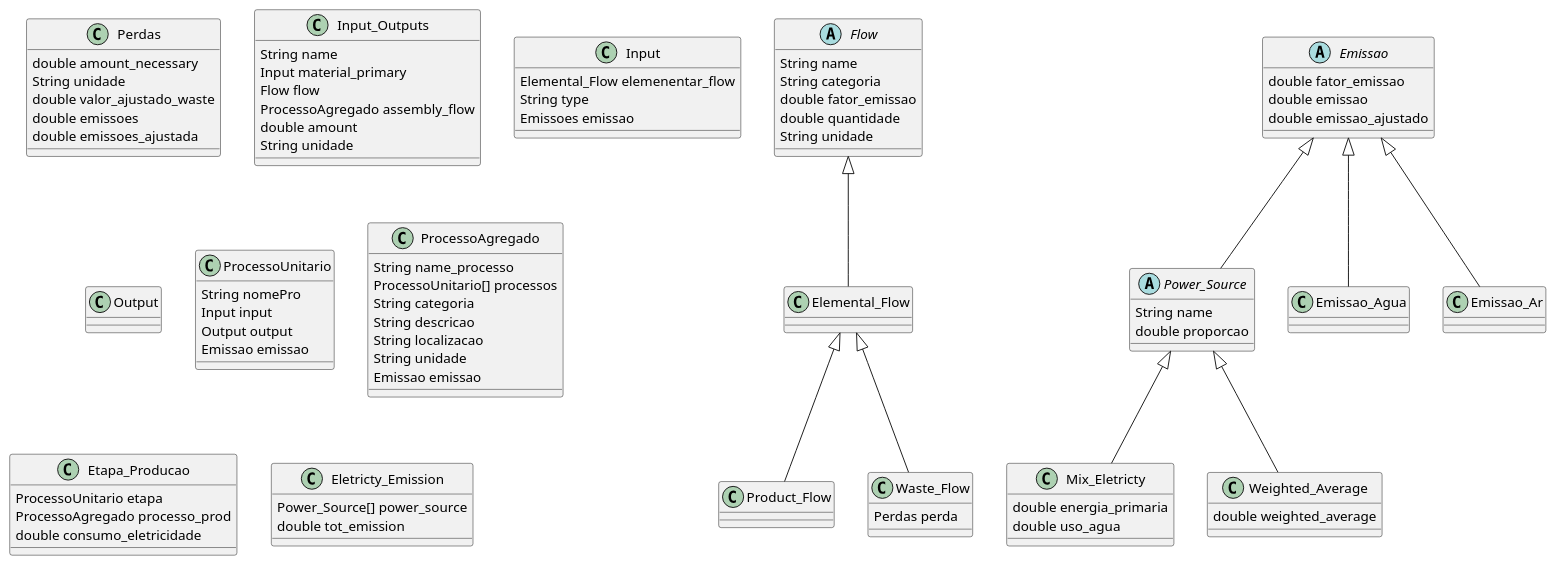
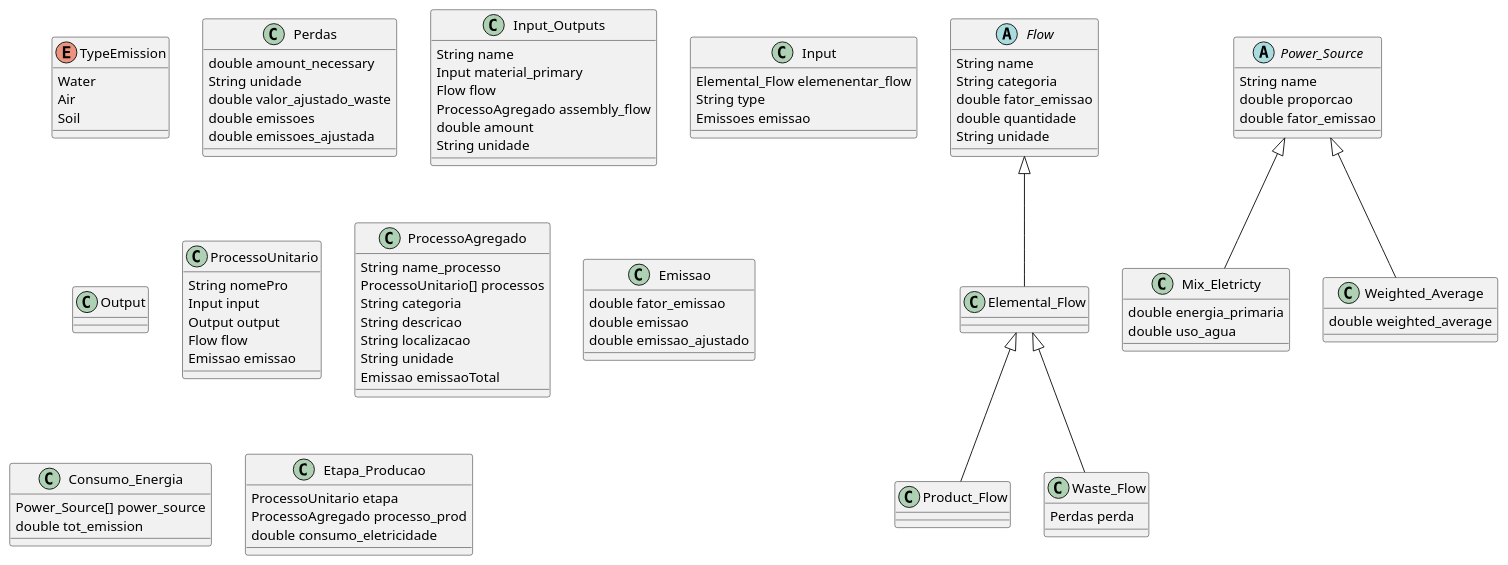
The diagram in DiagramaAtividade/DiagramaAtividade.plantuml (ArturESTG/DiagramasESIITrabalho), drawn with PlantUML before and after one commit.

Commit message:
Commit 4
Commit com comentarios melhorados

```diff
--- a/DiagramaAtividade/DiagramaAtividade.plantuml
+++ b/DiagramaAtividade/DiagramaAtividade.plantuml
@@ -1,169 +1,172 @@
 @startuml DiaramaAtividade
+
+/'Inicio enum'/
+
+enum TypeEmission {
+    Water 
+    Air
+    Soil
+}
+
+/'Fim enum'/
 
 /'Inico das classes'/
 
+/'Esta classe representa os fluxos do trabalho'/
 abstract class Flow {
     String name
     String categoria
     double fator_emissao
     double quantidade
     String unidade
 }
 
-/'Nota o elemenentar flow tanto pode ser um input
-ou output'/
+/'
+Cada uma destas classes abaixo sao os tipos de flow
+Nota: O Product_Flow e o Waste_Flow são tipos de Elemental_Flow, como descrito
+no enunciado
+'/
+/'Nota o elemenentar flow tanto pode ser um input ou output'/
 class Elemental_Flow extends Flow{
 
 }
 
 /'Ocorre entre processos, ou'/
 class Product_Flow extends Elemental_Flow {
 
 }
 
 /'
-Corresponde as substancias/ objetos que serao
-"alienados" de alguma forma
+Corresponde as substancias/ objetos que serão "alienados" de alguma forma
 '/
 class Waste_Flow extends Elemental_Flow {
     Perdas perda
 }
 
 class Perdas {
     double amount_necessary
     String unidade
     double valor_ajustado_waste
     double emissoes
     double emissoes_ajustada
 }
 
 /' Aqui guarda os Fluxos de entrada e de saida
 Os de entrada corresponde a tudo o que entra para produzir
 o produto
 Os fluxos de saida a tudo o gerado pela produção
 
 O fator_emissão não até que ponto pode estar cá
 
 class Input_Outputs {
     String name
     typeInput type 
     Flow flow
     double quantidade 
     String unidade
     double fator_emissao
 }
 '/
+
+/'Classe Input_Output está classe guarda os materiais que são considerados inputs e 
+outputs ao mesmo tempo
+Nota: Ignorar o comentario acima, era a classe Input_Output antiga
+'/
 class Input_Outputs {
     String name
     Input material_primary
     Flow flow
     ProcessoAgregado assembly_flow 
     double amount 
     String unidade
 }
 
 /'Representas os mateirais a utilizar e outros elementos, tipo energia,
 agua, etc
 
 O elementarl Flow, é porque o input tanto pode ser uma energia ou 
 recurso naturais
 O type é para saber se é energia ou materia-prima
 A classe perdas é para saver as perdas relacionadas com o input
 '/
 class Input  {
     Elemental_Flow elemenentar_flow
     String type
     Emissoes emissao
 }
 
+/'Classe Outpur representa os outputs do projeto'/
 class Output  {
 
 }
 
 
-/'Esta classe seria um processo unitário
-
-Segundo a figura 2 - Processo, Fluxos e Sistema
-cada processo tem um input e um output
+/'
+Esta classe representa os processos unitarios
 '/
 class ProcessoUnitario {
     String nomePro
     Input input
     Output output
+    Flow flow
     Emissao emissao
 }
 
 /'
-Este classe representa um processo agregado
-
-Ver se o name_processos é necessário
-A classe emissão aqui é para guardar a poluição total do processo
+Este classe representaos processos agupados
 '/
 class ProcessoAgregado {
     String name_processo
     ProcessoUnitario[] processos
     String categoria
     String descricao
     String localizacao
     String unidade
-    Emissao emissao
+    Emissao emissaoTotal
 }
 
-/'Represnta cada etapa de produção'/
-class Etapa_Producao {
-    ProcessoUnitario etapa
-    ProcessoAgregado processo_prod
-    double consumo_eletricidade
-}
-
-/'Classes a repensar'/
-
-/'
-Tabela para o calculo de CO2e 
-'/
-/'
-Não sei se por ser abstrata irá dar problemas 
-proporcao --> %
-fator emissao --> kgCO₂e/kWh
-'/
-
-/'Esta probavelmente e desnecessária'/
-abstract class Emissao {
+/'Representa as várias emissão que podem acontecer, do solo, ar e água'/
+class Emissao {
     double fator_emissao
     double emissao
     double emissao_ajustado
 }
 
-abstract class Power_Source extends Emissao{
+/'
+Classe para guardar o consumo de energia em cada processo, provavelmetne apenas os 
+processos de produção
+'/
+class Consumo_Energia {
+    Power_Source[] power_source
+    double tot_emission
+}
+
+/'Daqui para baixo está a representação da tabela de energia do enunciado'/
+abstract class Power_Source{
     String name
-    double proporcao 
+    double proporcao
+    double fator_emissao 
 }
 
 /'Energia Primaria --> MJ/kWh
 uso de agua --> litros/kWh'/
 class Mix_Eletricty extends Power_Source {
     double energia_primaria
     double uso_agua
 }
 
 class Weighted_Average extends Power_Source {
     double weighted_average
 }
 
-class Emissao_Agua extends Emissao{}
+/'Classes a repensar'/
 
-class Emissao_Ar extends Emissao {}
-
-/'
-Esta classe serve para calcular o valor total
-de emissao de kgCo2e/kWh, para quando a empresa
-fornece todos os gasto ou quando não temos acesso
-a eles
-'/
-class Eletricty_Emission {
-    Power_Source[] power_source
-    double tot_emission
+/'Represnta cada etapa de produção'/
+class Etapa_Producao {
+    ProcessoUnitario etapa
+    ProcessoAgregado processo_prod
+    double consumo_eletricidade
 }
 
-/' das classes'/
+/'Fim das classes a repensar'/
 @enduml
```
